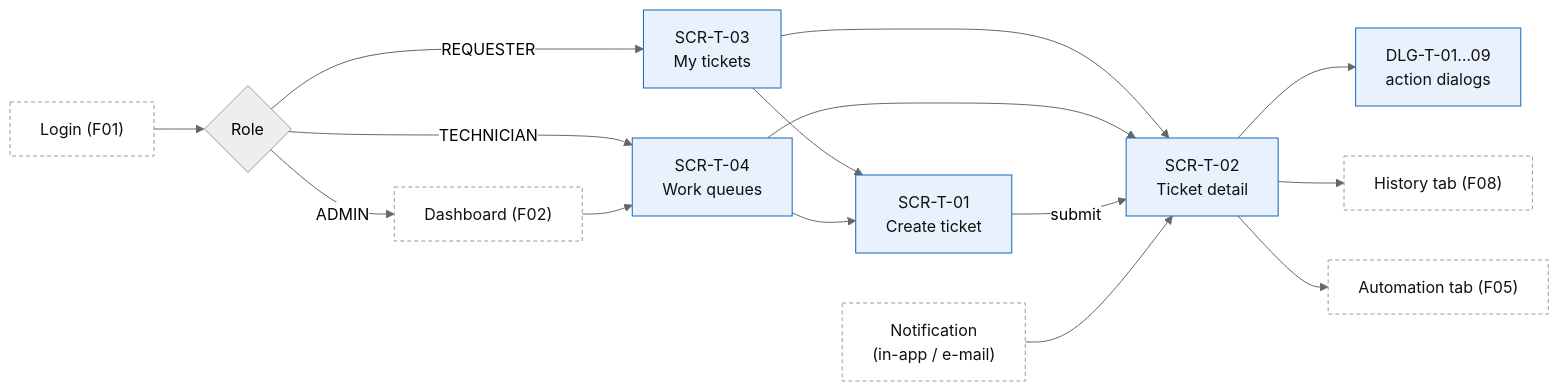
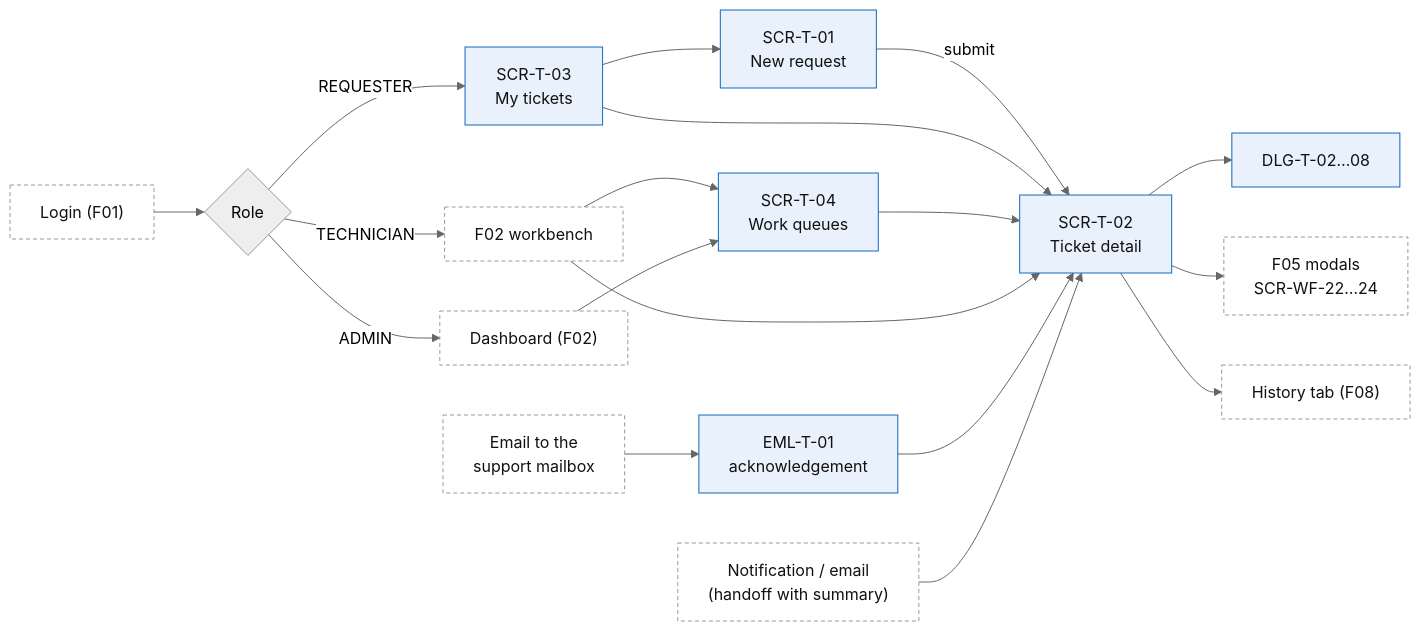
Before and after one commit to Akaza-ban/Fable: the diagram in docs/f03-ticket-management/information-architecture/01-screens-and-navigation.md, drawn with Mermaid (neutral theme). The commit also changed other lines of this file and 9 other files, not shown here.

Commit message:
docs: align with mindmap

````diff
--- a/docs/f03-ticket-management/information-architecture/01-screens-and-navigation.md
+++ b/docs/f03-ticket-management/information-architecture/01-screens-and-navigation.md
@@ -107,22 +123,25 @@
 ```mermaid
 flowchart LR
+    mail["Email to the<br/>support mailbox"] --> ack["EML-T-01<br/>acknowledgement"]
     login["Login (F01)"] --> home{"Role"}
     home -- REQUESTER --> my["SCR-T-03<br/>My tickets"]
-    home -- TECHNICIAN --> list["SCR-T-04<br/>Work queues"]
+    home -- TECHNICIAN --> wb["F02 workbench"]
     home -- ADMIN --> dash["Dashboard (F02)"]
+    wb --> list["SCR-T-04<br/>Work queues"]
     dash --> list
-    my --> create["SCR-T-01<br/>Create ticket"]
-    list --> create
-    my --> detail["SCR-T-02<br/>Ticket detail"]
+    my --> create["SCR-T-01<br/>New request"]
+    create -- submit --> detail["SCR-T-02<br/>Ticket detail"]
+    my --> detail
     list --> detail
-    create -- submit --> detail
-    notif["Notification<br/>(in-app / e-mail)"] --> detail
-    detail --> dlg["DLG-T-01…09<br/>action dialogs"]
+    wb --> detail
+    ack --> detail
+    notif["Notification / email<br/>(handoff with summary)"] --> detail
+    detail --> dlg["DLG-T-02…08"]
+    detail --> wf["F05 modals<br/>SCR-WF-22…24"]
     detail --> hist["History tab (F08)"]
-    detail --> auto["Automation tab (F05)"]
 
     classDef scr fill:#e8f1fc,color:#111,stroke:#1168bd
     classDef ext fill:#fff,color:#111,stroke:#999,stroke-dasharray:4 3
-    class my,list,create,detail,dlg scr
-    class login,dash,hist,auto,notif ext
+    class my,list,create,detail,dlg,ack scr
+    class mail,login,dash,wb,wf,hist,notif ext
 ```
````
